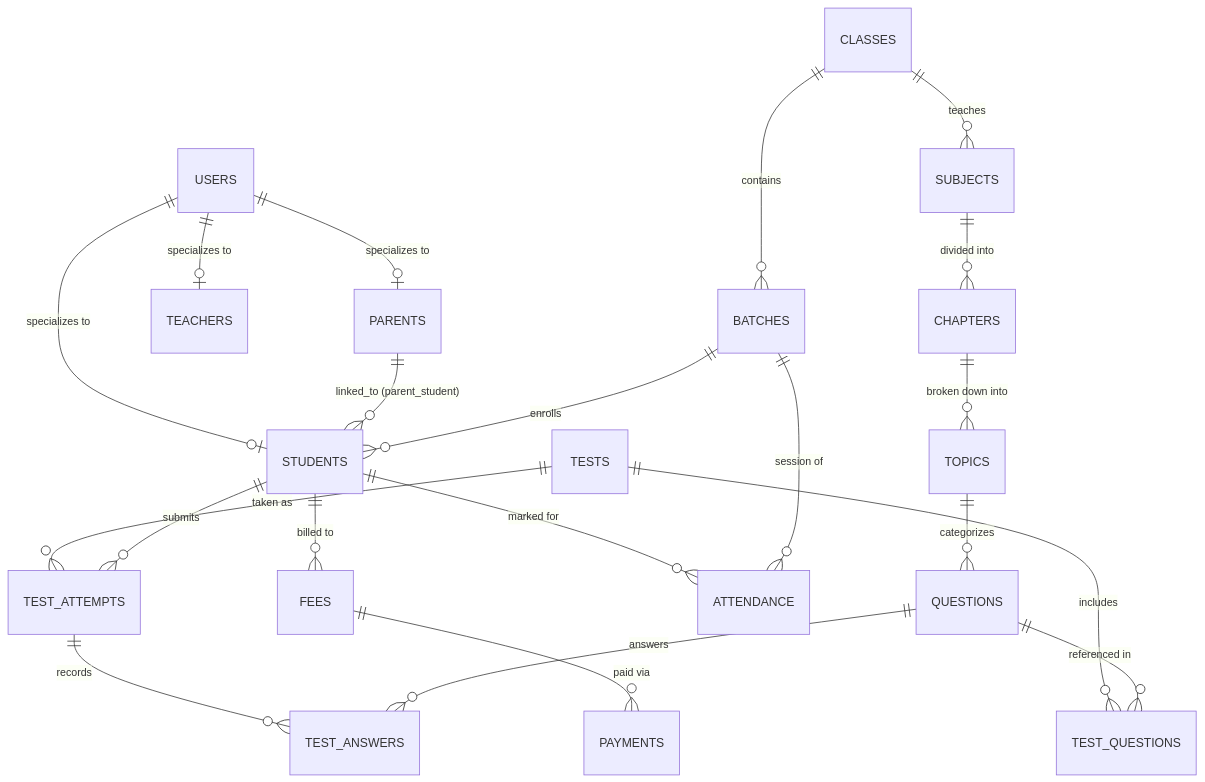
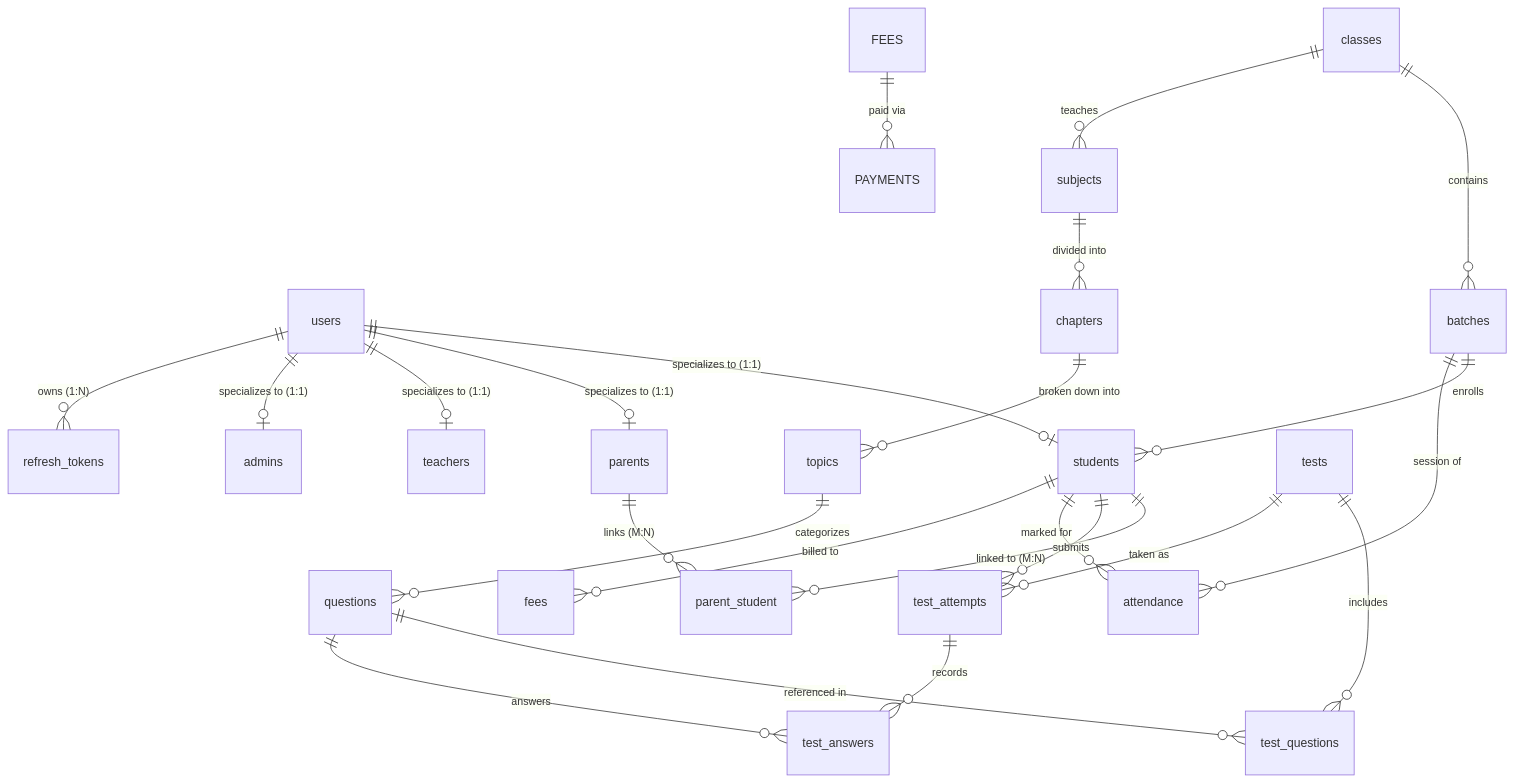
One commit to MANMOHAN135/ms-tutorials changed the diagram in docs/database.md. Above: the diagram before and after it, drawn with Mermaid. The commit also changed other lines of this file and 3 other files, not shown here.

````diff
--- a/docs/database.md
+++ b/docs/database.md
@@ -19,29 +19,32 @@
 ```mermaid
 erDiagram
-    USERS ||--o| STUDENTS : "specializes to"
-    USERS ||--o| PARENTS : "specializes to"
-    USERS ||--o| TEACHERS : "specializes to"
-    PARENTS ||--o{ STUDENTS : "linked_to (parent_student)"
+    users ||--o| students : "specializes to (1:1)"
+    users ||--o| parents : "specializes to (1:1)"
+    users ||--o| teachers : "specializes to (1:1)"
+    users ||--o| admins : "specializes to (1:1)"
+    users ||--o{ refresh_tokens : "owns (1:N)"
+    parents ||--o{ parent_student : "links (M:N)"
+    students ||--o{ parent_student : "linked to (M:N)"
     
-    CLASSES ||--o{ BATCHES : "contains"
-    CLASSES ||--o{ SUBJECTS : "teaches"
-    SUBJECTS ||--o{ CHAPTERS : "divided into"
-    CHAPTERS ||--o{ TOPICS : "broken down into"
+    classes ||--o{ batches : "contains"
+    classes ||--o{ subjects : "teaches"
+    subjects ||--o{ chapters : "divided into"
+    chapters ||--o{ topics : "broken down into"
     
-    BATCHES ||--o{ STUDENTS : "enrolls"
+    batches ||--o{ students : "enrolls"
     
-    TOPICS ||--o{ QUESTIONS : "categorizes"
-    TESTS ||--o{ TEST_QUESTIONS : "includes"
-    QUESTIONS ||--o{ TEST_QUESTIONS : "referenced in"
+    topics ||--o{ questions : "categorizes"
+    tests ||--o{ test_questions : "includes"
+    questions ||--o{ test_questions : "referenced in"
     
-    TESTS ||--o{ TEST_ATTEMPTS : "taken as"
-    STUDENTS ||--o{ TEST_ATTEMPTS : "submits"
-    TEST_ATTEMPTS ||--o{ TEST_ANSWERS : "records"
-    QUESTIONS ||--o{ TEST_ANSWERS : "answers"
+    tests ||--o{ test_attempts : "taken as"
+    students ||--o{ test_attempts : "submits"
+    test_attempts ||--o{ test_answers : "records"
+    questions ||--o{ test_answers : "answers"
 
-    STUDENTS ||--o{ ATTENDANCE : "marked for"
-    BATCHES ||--o{ ATTENDANCE : "session of"
+    students ||--o{ attendance : "marked for"
+    batches ||--o{ attendance : "session of"
 
-    STUDENTS ||--o{ FEES : "billed to"
+    students ||--o{ fees : "billed to"
     FEES ||--o{ PAYMENTS : "paid via"
 ```
````
